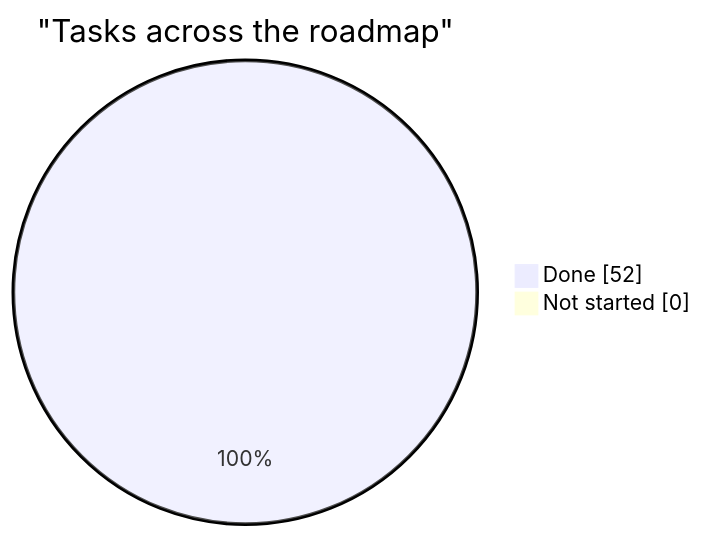
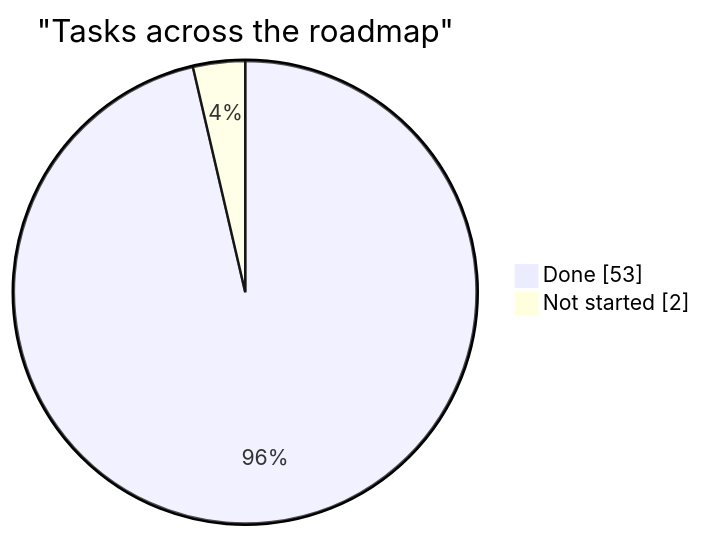
The diagram in docs/planning/status.md (AdamClemens/PyFlow), drawn with Mermaid before and after one commit. The commit also changed other lines of this file and 30 other files, not shown here.

````diff
--- a/docs/planning/status.md
+++ b/docs/planning/status.md
@@ -23,6 +23,6 @@
 ```mermaid
 pie showData
     title "Tasks across the roadmap"
-    "Done" : 52
-    "Not started" : 0
+    "Done" : 53
+    "Not started" : 2
 ```
````
